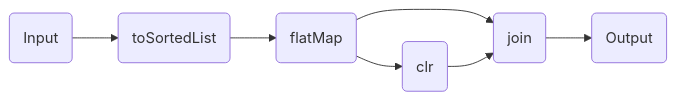
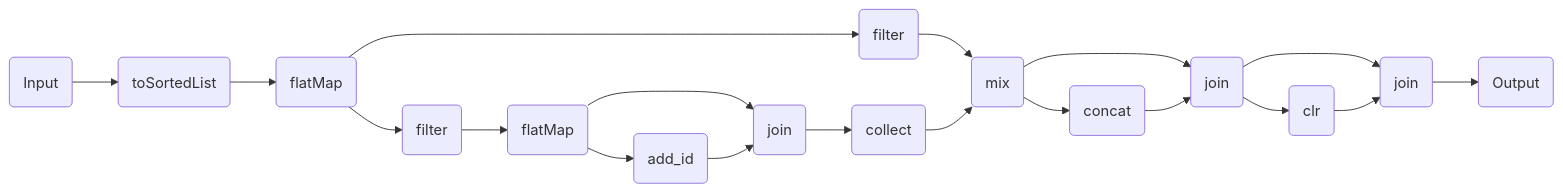
Before and after one commit to openpipelines-bio/website: the diagram in components/workflows/multiomics/prot_multisample.qmd, drawn with Mermaid. The commit also changed other lines of this file and 84 other files, not shown here.

````diff
--- a/components/workflows/multiomics/prot_multisample.qmd
+++ b/components/workflows/multiomics/prot_multisample.qmd
@@ -82,17 +101,38 @@
 ```{mermaid}
 %%| column: screen-inset-shaded
 flowchart LR
     p0(Input)
-    p2(toSortedList)
-    p4(flatMap)
-    p14(join)
-    p12(clr)
-    p18(Output)
-    p0-->p2
-    p2-->p4
-    p4-->p14
-    p4-->p12
-    p12-->p14
-    p14-->p18
+    p3(toSortedList)
+    p5(flatMap)
+    p9(filter)
+    p11(flatMap)
+    p19(join)
+    p17(add_id)
+    p21(collect)
+    p24(mix)
+    p23(filter)
+    p33(join)
+    p31(concat)
+    p43(join)
+    p41(clr)
+    p49(Output)
+    p23-->p24
+    p0-->p3
+    p3-->p5
+    p5-->p9
+    p5-->p23
+    p9-->p11
+    p11-->p19
+    p11-->p17
+    p17-->p19
+    p19-->p21
+    p21-->p24
+    p24-->p33
+    p24-->p31
+    p31-->p33
+    p33-->p43
+    p33-->p41
+    p41-->p43
+    p43-->p49
 
 ```
````
